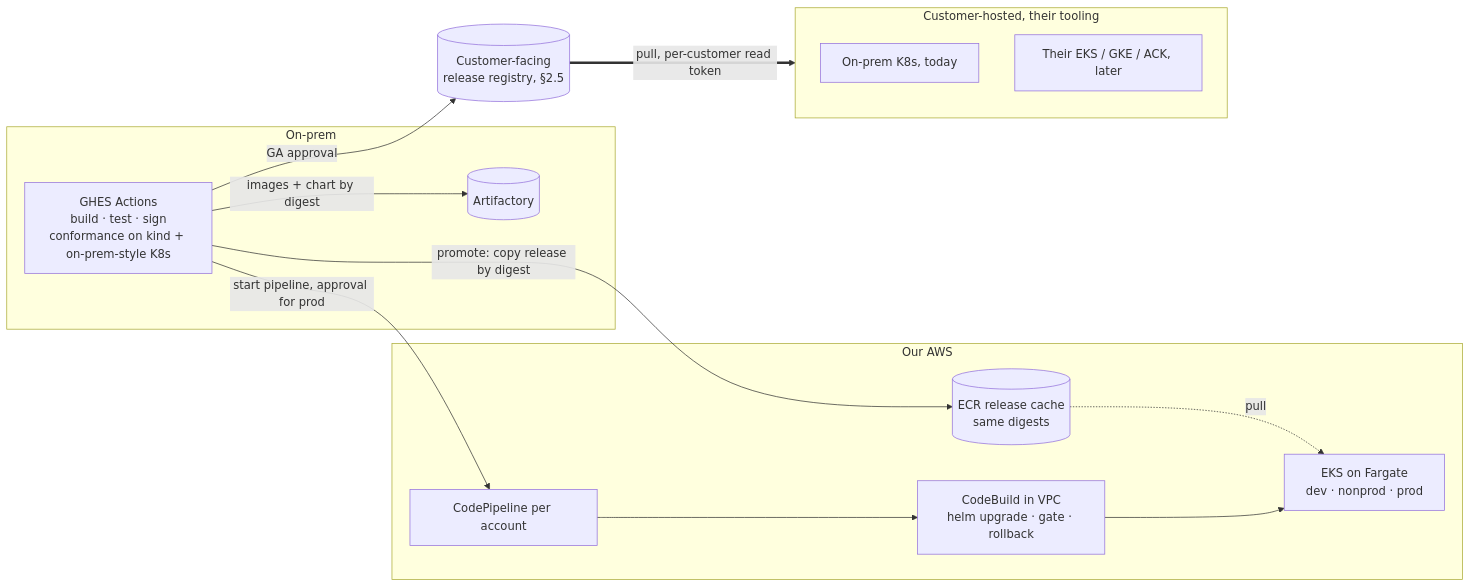
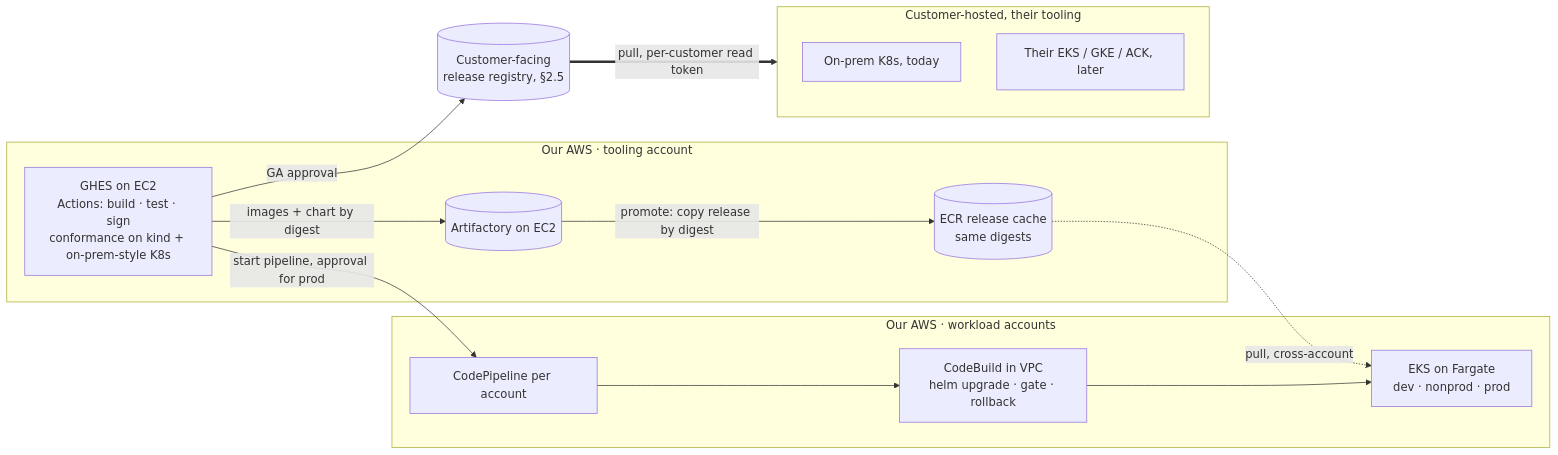
The first of 2 diagrams in PROPOSAL.md (sholtomaud/GHES-EKS-zero-downtime-deployments), drawn with Mermaid before and after one commit. The commit also changed other lines of this file and 3 other files, not shown here.

First line of the commit message:
PROPOSAL: GHES and Artifactory on EC2 in AWS; present the design cleanly

````diff
--- a/PROPOSAL.md
+++ b/PROPOSAL.md
@@ -60,20 +48,20 @@
 ```mermaid
 flowchart LR
-  subgraph onprem[On-prem]
-    ghes[GHES Actions<br/>build · test · sign<br/>conformance on kind + on-prem-style K8s] -->|images + chart by digest| art[(Artifactory)]
+  subgraph tool[Our AWS · tooling account]
+    ghes[GHES on EC2<br/>Actions: build · test · sign<br/>conformance on kind + on-prem-style K8s] -->|images + chart by digest| art[(Artifactory on EC2)]
+    ecr[(ECR release cache<br/>same digests)]
+    art -->|promote: copy release by digest| ecr
   end
-  subgraph aws[Our AWS]
-    ecr[(ECR release cache<br/>same digests)]
+  subgraph wl[Our AWS · workload accounts]
     cp[CodePipeline per account] --> cb[CodeBuild in VPC<br/>helm upgrade · gate · rollback]
     cb --> eks[EKS on Fargate<br/>dev · nonprod · prod]
-    ecr -. pull .-> eks
   end
-  ghes -->|promote: copy release by digest| ecr
+  ecr -. pull, cross-account .-> eks
   ghes -->|start pipeline, approval for prod| cp
   ghes -->|GA approval| pub[(Customer-facing<br/>release registry, §2.5)]
   pub ==>|pull, per-customer read token| cust
   subgraph cust[Customer-hosted, their tooling]
     c3[On-prem K8s, today]
     c1[Their EKS / GKE / ACK, later]
   end
 ```
````
